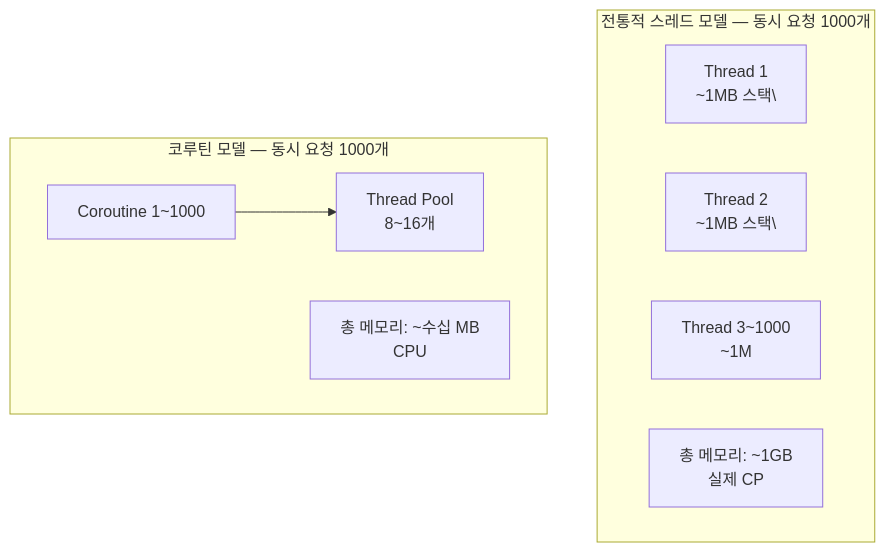
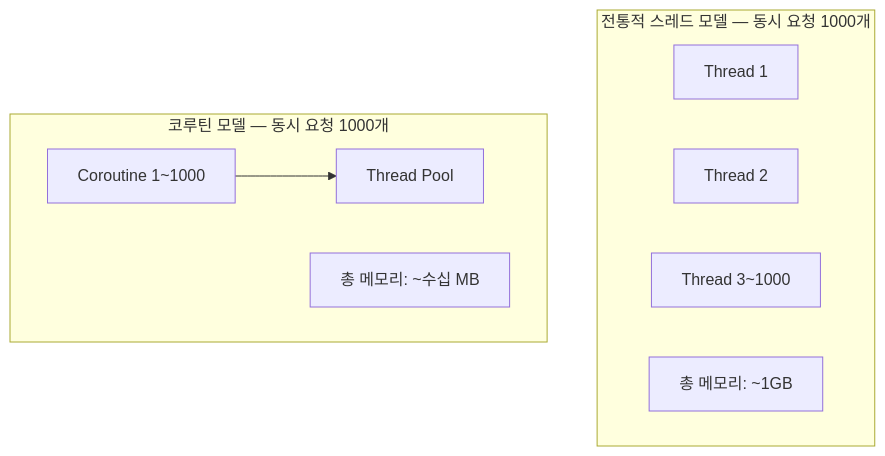
Before and after one commit to yjkim2015/yjkim2015.github.io: the first of 4 diagrams in _posts/kotlin/2026-05-02-kotlin-coroutines.md, drawn with Mermaid. The commit also changed other lines of this file and 217 other files, not shown here.

First line of the commit message:
Mermaid 크기 수정: useMaxWidth:true + SVG max-width:100% + 라벨 축소

````diff
--- a/_posts/kotlin/2026-05-02-kotlin-coroutines.md
+++ b/_posts/kotlin/2026-05-02-kotlin-coroutines.md
@@ -24,15 +24,15 @@
 ```mermaid
 graph TD
     subgraph "전통적 스레드 모델 — 동시 요청 1000개"
-        T1["Thread 1\n~1MB 스택\"]
-        T2["Thread 2\n~1MB 스택\"]
-        T3["Thread 3~1000\n~1M"]
-        Mem1["총 메모리: ~1GB\n실제 CP"]
+        T1["Thread 1"]
+        T2["Thread 2"]
+        T3["Thread 3~1000"]
+        Mem1["총 메모리: ~1GB"]
     end
     subgraph "코루틴 모델 — 동시 요청 1000개"
-        C1["Coroutine 1~1000\n"]
-        Pool["Thread Pool\n8~16개"]
+        C1["Coroutine 1~1000"]
+        Pool["Thread Pool"]
         C1 --> Pool
-        Mem2["총 메모리: ~수십 MB\nCPU"]
+        Mem2["총 메모리: ~수십 MB"]
     end
 ```
````
